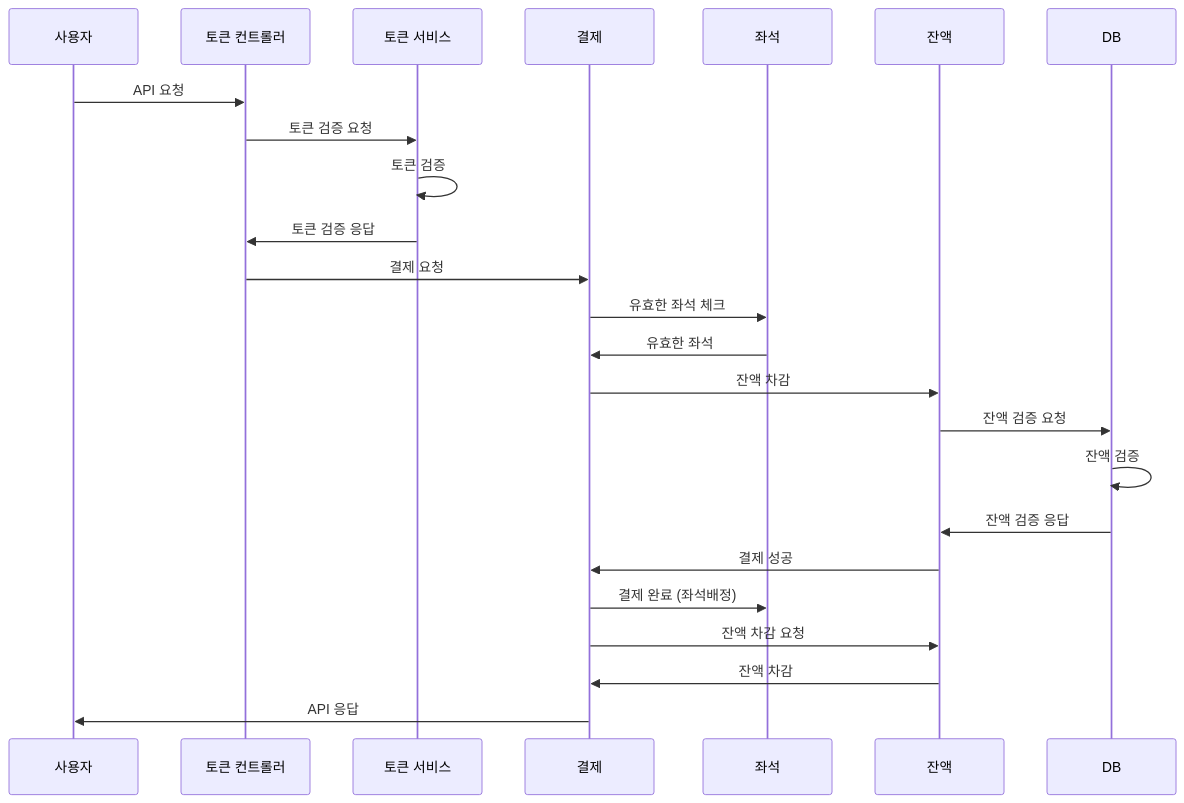
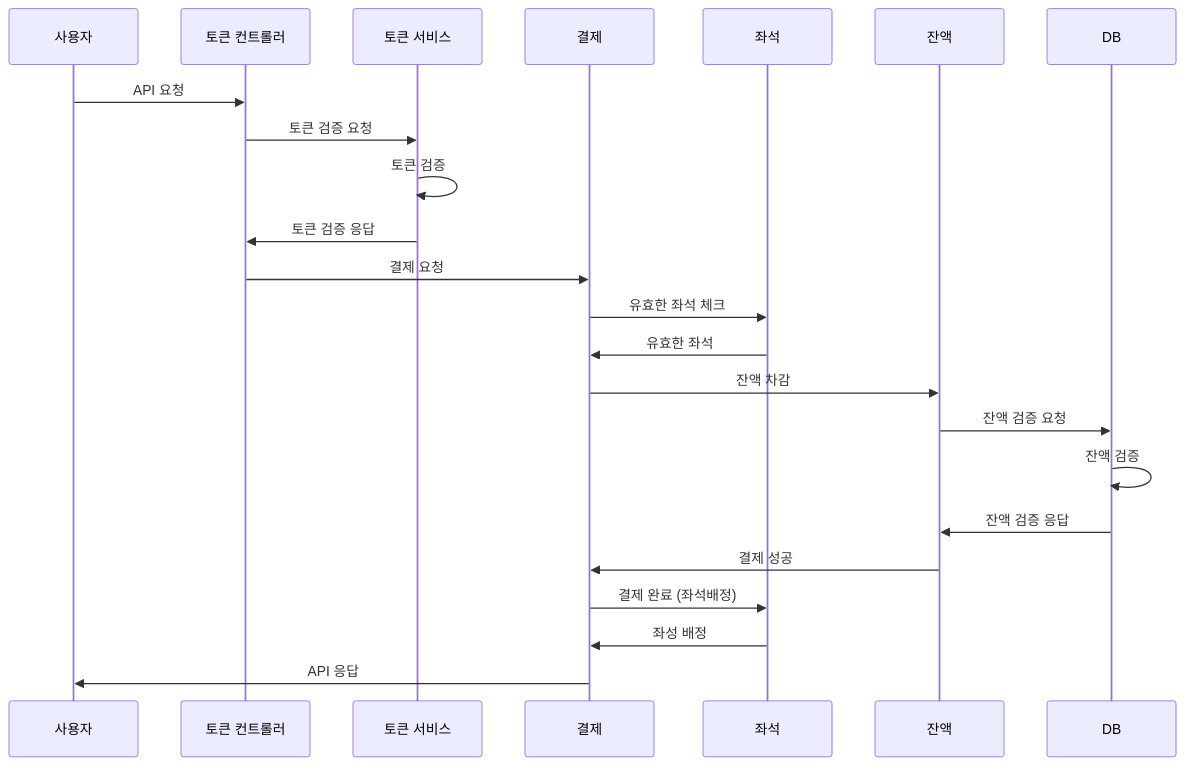
Before and after one commit to hijing/hhplus-concert: the fifth of 5 diagrams in docs/sequenceDiagram.md, drawn with Mermaid.

Commit message:
Feat : 시퀀스 다이어그램 수정

````diff
--- a/docs/sequenceDiagram.md
+++ b/docs/sequenceDiagram.md
@@ -54,19 +54,18 @@
 ```mermaid
 sequenceDiagram
     사용자 ->> 토큰 컨트롤러 : API 요청
     토큰 컨트롤러 ->> 토큰 서비스 : 토큰 검증 요청
     토큰 서비스 ->> 토큰 서비스 : 토큰 검증
     토큰 서비스 ->> 토큰 컨트롤러 : 토큰 검증 응답
     토큰 컨트롤러 ->> 결제 : 결제 요청
     결제 ->> 좌석 : 유효한 좌석 체크
     좌석 ->> 결제 : 유효한 좌석
     결제 ->> 잔액 : 잔액 차감
     잔액 ->> DB : 잔액 검증 요청
     DB ->> DB : 잔액 검증
     DB ->> 잔액 : 잔액 검증 응답
     잔액 ->> 결제 : 결제 성공
     결제 ->> 좌석 : 결제 완료 (좌석배정)
-    결제 ->> 잔액 : 잔액 차감 요청
-    잔액 ->> 결제 : 잔액 차감
+    좌석 ->> 결제 : 좌성 배정
     결제 ->> 사용자 : API 응답
 ```
````
